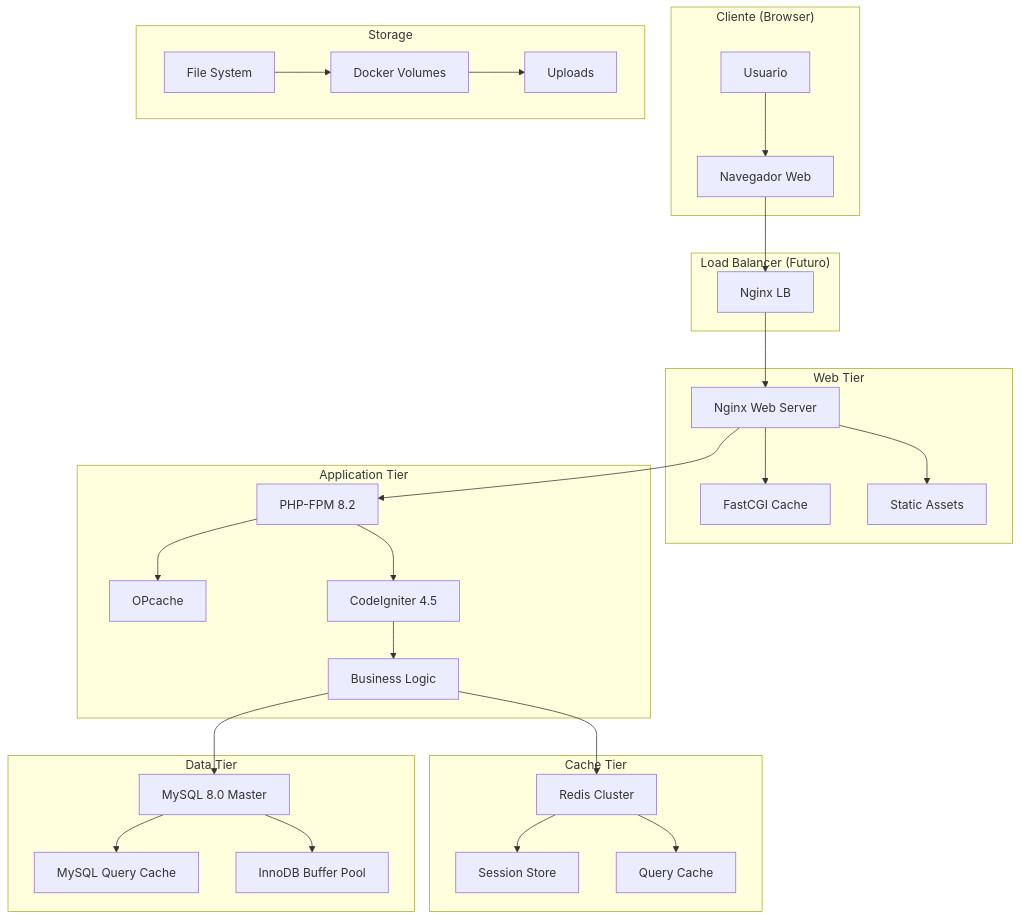
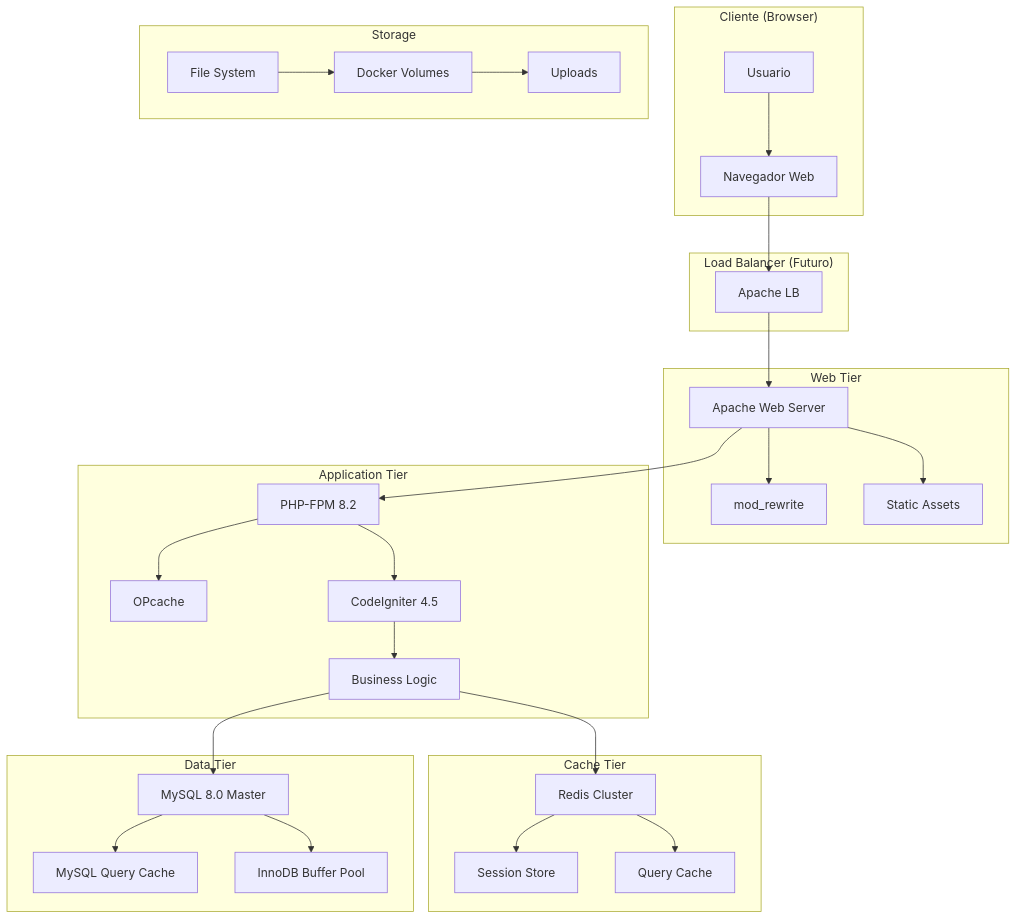
The diagram in docs/architecture/README.md (aka-titesen/yaguarete-camp), drawn with Mermaid before and after one commit. The commit also changed other lines of this file and 67 other files, not shown here.

Commit message:
fix: cambiar nginx por apache

````diff
--- a/docs/architecture/README.md
+++ b/docs/architecture/README.md
@@ -7,58 +7,58 @@
 ```mermaid
 graph TB
     subgraph "Cliente (Browser)"
         A[Usuario] --> B[Navegador Web]
     end
 
     subgraph "Load Balancer (Futuro)"
-        C[Nginx LB]
+        C[Apache LB]
     end
 
     subgraph "Web Tier"
-        D[Nginx Web Server]
-        E[FastCGI Cache]
+        D[Apache Web Server]
+        E[mod_rewrite]
         F[Static Assets]
     end
 
     subgraph "Application Tier"
         G[PHP-FPM 8.2]
         H[OPcache]
         I[CodeIgniter 4.5]
         J[Business Logic]
     end
 
     subgraph "Cache Tier"
         K[Redis Cluster]
         L[Session Store]
         M[Query Cache]
     end
 
     subgraph "Data Tier"
         N[MySQL 8.0 Master]
         O[MySQL Query Cache]
         P[InnoDB Buffer Pool]
     end
 
     subgraph "Storage"
         Q[File System]
         R[Docker Volumes]
         S[Uploads]
     end
 
     B --> C
     C --> D
     D --> E
     D --> F
     D --> G
     G --> H
     G --> I
     I --> J
     J --> K
     J --> N
     K --> L
     K --> M
     N --> O
     N --> P
     Q --> R
     R --> S
 ```
````
